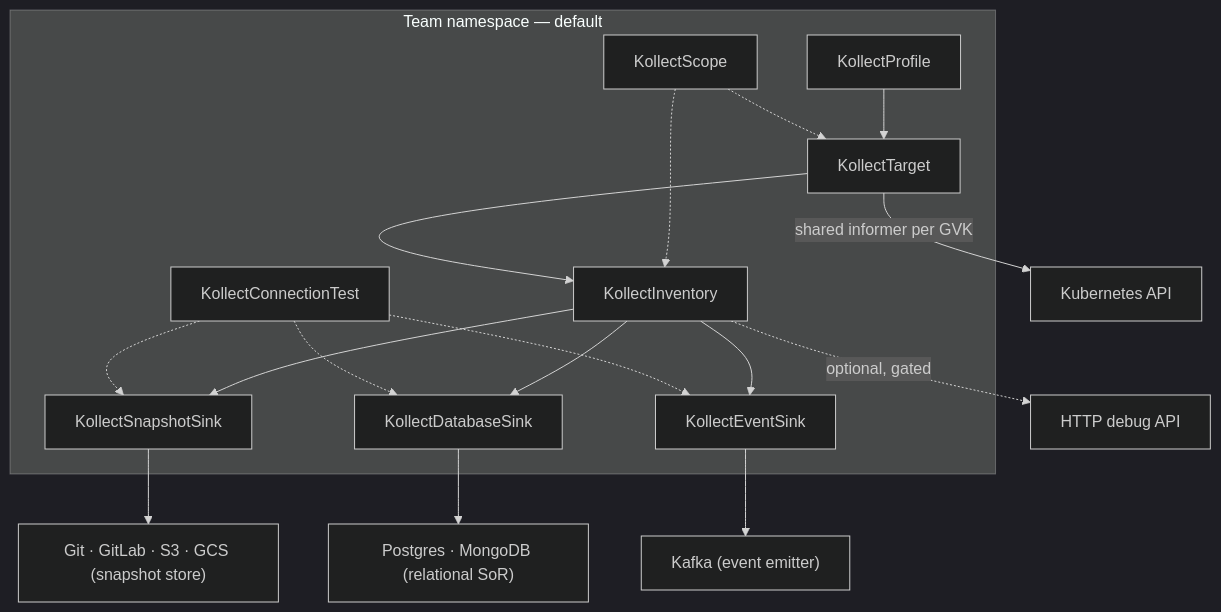
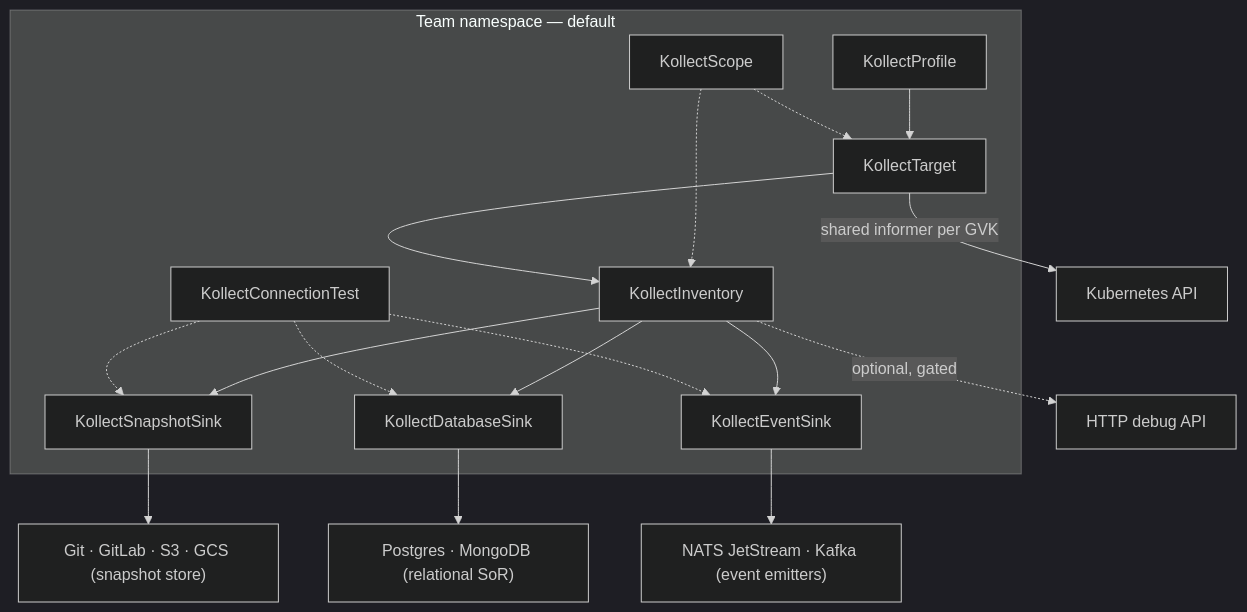
Before and after one commit to PlatformRelay/Kollect: the second of 3 diagrams in docs/concepts/architecture.md, drawn with Mermaid (dark theme). The commit also changed other lines of this file and 39 other files, not shown here.

````diff
--- a/docs/concepts/architecture.md
+++ b/docs/concepts/architecture.md
@@ -48,29 +48,29 @@
 ```mermaid
 flowchart TD
   subgraph teamNs [Team namespace — default]
     Profile["KollectProfile"]
     Snap["KollectSnapshotSink"]
     Db["KollectDatabaseSink"]
     Ev["KollectEventSink"]
     Scope["KollectScope"]
     Target["KollectTarget"]
     Inv["KollectInventory"]
     ConnTest["KollectConnectionTest"]
   end
 
   Profile --> Target
   Scope -.-> Target
   Scope -.-> Inv
   Target -->|"shared informer per GVK"| K8s["Kubernetes API"]
   Target --> Inv
   Inv --> Snap
   Inv --> Db
   Inv --> Ev
   ConnTest -.-> Snap
   ConnTest -.-> Db
   ConnTest -.-> Ev
   Db --> DB["Postgres · MongoDB (relational SoR)"]
-  Ev --> Stream["Kafka (event emitter)"]
+  Ev --> Stream["NATS JetStream · Kafka (event emitters)"]
   Snap --> Git["Git · GitLab · S3 · GCS (snapshot store)"]
   Inv -.->|"optional, gated"| HTTP["HTTP debug API"]
 ```
````
